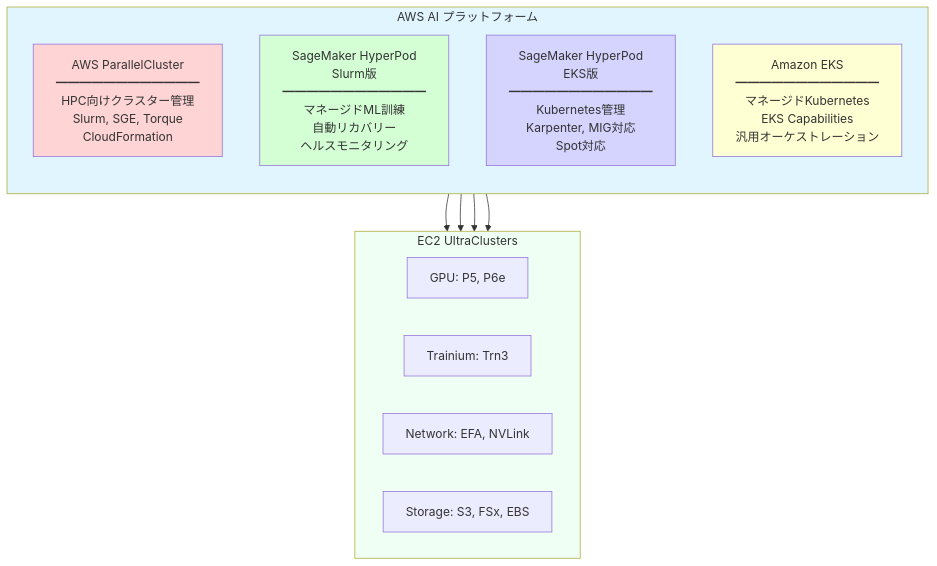
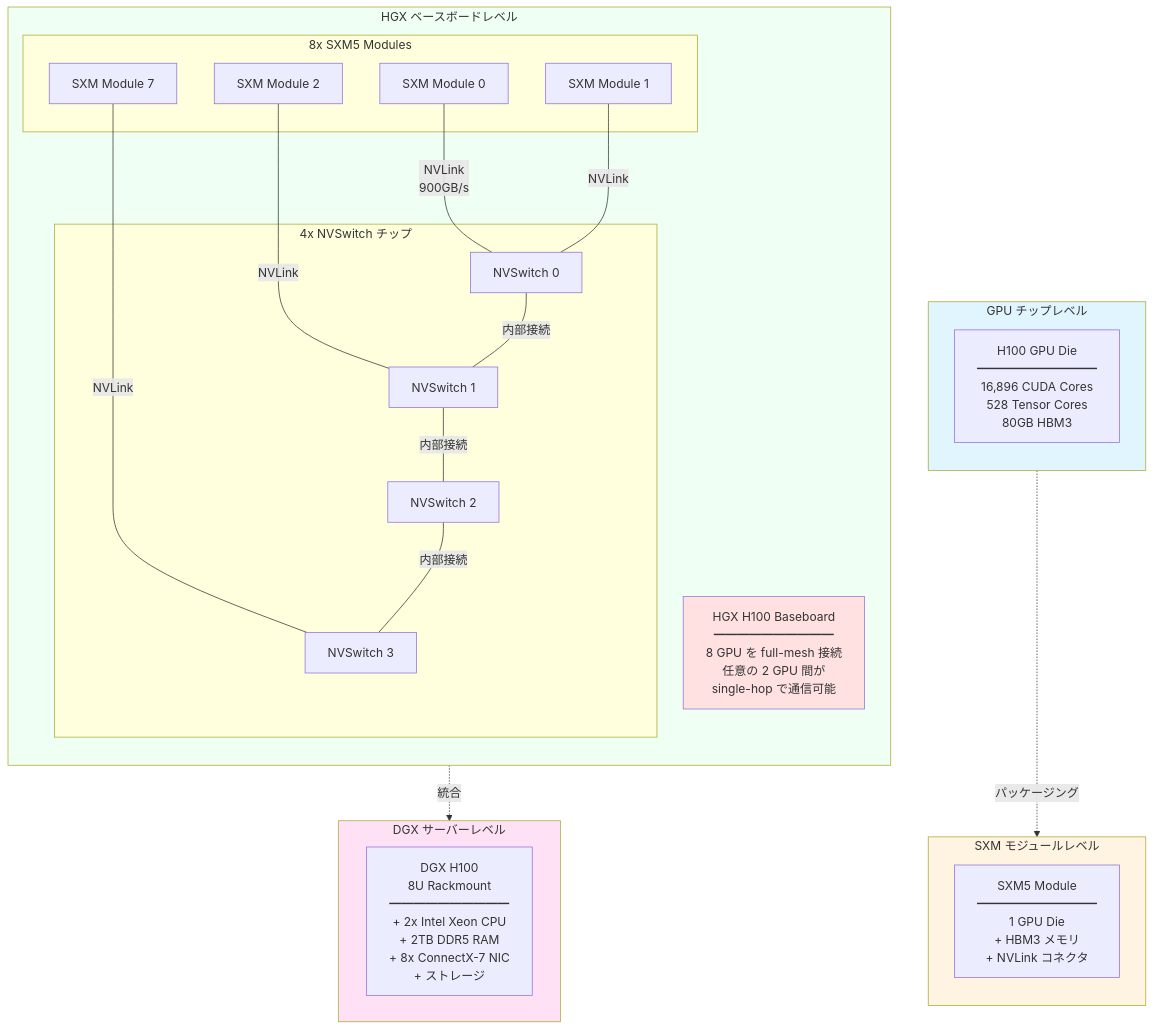
Before and after one commit to littlemex/zenn: the fourth of 6 diagrams in books/distributed-experiment-collection/infrastructures.md, drawn with Mermaid. The commit also changed other lines of this file, not shown here.

````diff
--- a/books/distributed-experiment-collection/infrastructures.md
+++ b/books/distributed-experiment-collection/infrastructures.md
@@ -415,33 +444,55 @@
 ```mermaid
 graph TB
-    subgraph Platform["AWS AI プラットフォーム"]
+    subgraph Level1["GPU チップレベル"]
+        direction TB
+        Die[H100 GPU Die<br/>━━━━━━━━━━<br/>16,896 CUDA Cores<br/>528 Tensor Cores<br/>80GB HBM3]
+    end
+    
+    subgraph Level2["SXM モジュールレベル"]
+        direction TB
+        SXM[SXM5 Module<br/>━━━━━━━━━━<br/>1 GPU Die<br/>+ HBM3 メモリ<br/>+ NVLink コネクタ]
+        Die -.パッケージング.-> SXM
+    end
+    
+    subgraph Level3["HGX ベースボードレベル"]
         direction TB
         
-        ParallelCluster[AWS ParallelCluster<br/>━━━━━━━━━━━━<br/>HPC向けクラスター管理<br/>Slurm, SGE, Torque<br/>CloudFormation]
+        subgraph GPUs["8x SXM5 Modules"]
+            SXM0[SXM Module 0]
+            SXM1[SXM Module 1]
+            SXM2[SXM Module 2]
+            SXM7[SXM Module 7]
+        end
         
-        HyperPodSlurm[SageMaker HyperPod<br/>Slurm版<br/>━━━━━━━━━━━━<br/>マネージドML訓練<br/>自動リカバリー<br/>ヘルスモニタリング]
+        subgraph Switches["4x NVSwitch チップ"]
+            NS0[NVSwitch 0]
+            NS1[NVSwitch 1]
+            NS2[NVSwitch 2]
+            NS3[NVSwitch 3]
+        end
         
-        HyperPodEKS[SageMaker HyperPod<br/>EKS版<br/>━━━━━━━━━━━━<br/>Kubernetes管理<br/>Karpenter, MIG対応<br/>Spot対応]
+        SXM0 ---|NVLink<br/>900GB/s| NS0
+        SXM1 ---|NVLink| NS0
+        SXM2 ---|NVLink| NS1
+        SXM7 ---|NVLink| NS3
         
-        EKS[Amazon EKS<br/>━━━━━━━━━━━━<br/>マネージドKubernetes<br/>EKS Capabilities<br/>汎用オーケストレーション]
+        NS0 ---|内部接続| NS1
+        NS1 ---|内部接続| NS2
+        NS2 ---|内部接続| NS3
+        
+        Note3[HGX H100 Baseboard<br/>━━━━━━━━━━<br/>8 GPU を full-mesh 接続<br/>任意の 2 GPU 間が<br/>single-hop で通信可能]
     end
     
-    subgraph Infrastructure["EC2 UltraClusters"]
-        GPU[GPU: P5, P6e]
-        Trainium[Trainium: Trn3]
-        Network[Network: EFA, NVLink]
-        Storage[Storage: S3, FSx, EBS]
+    subgraph Level4["DGX サーバーレベル"]
+        direction LR
+        Server[DGX H100<br/>8U Rackmount<br/>━━━━━━━━━━<br/>+ 2x Intel Xeon CPU<br/>+ 2TB DDR5 RAM<br/>+ 8x ConnectX-7 NIC<br/>+ ストレージ]
     end
     
-    ParallelCluster --> Infrastructure
-    HyperPodSlurm --> Infrastructure
-    HyperPodEKS --> Infrastructure
-    EKS --> Infrastructure
+    Level3 -.統合.-> Level4
     
-    style Platform fill:#e1f5ff
-    style Infrastructure fill:#f0fff4
-    style ParallelCluster fill:#ffd4d4
-    style HyperPodSlurm fill:#d4ffd4
-    style HyperPodEKS fill:#d4d4ff
-    style EKS fill:#ffffd4
+    style Level1 fill:#e1f5ff
+    style Level2 fill:#fff4e1
+    style Level3 fill:#f0fff4
+    style Level4 fill:#ffe1f5
+    style Note3 fill:#ffe1e1
 ```
````
